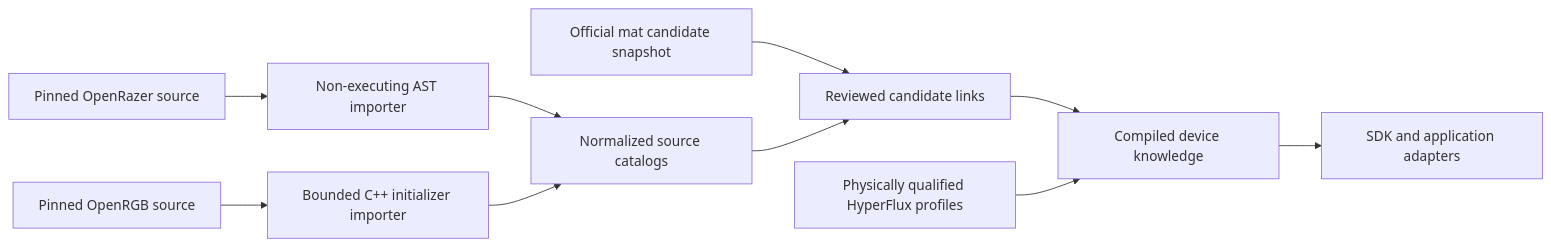
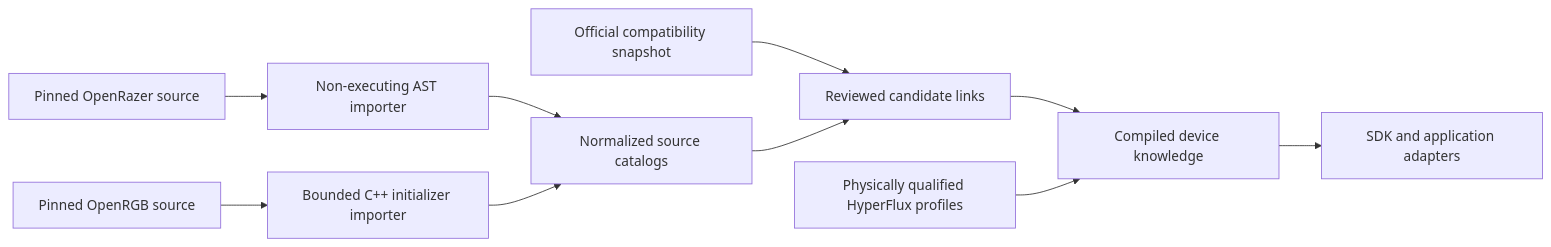
Before and after one commit to offalexjackson777-stack/hyperflux-next: the diagram in docs/architecture/device-knowledge.md, drawn with Mermaid. The commit also changed other lines of this file and 396 other files, not shown here.

````diff
--- a/docs/architecture/device-knowledge.md
+++ b/docs/architecture/device-knowledge.md
@@ -13,12 +19,12 @@
 ```mermaid
 flowchart LR
     OR["Pinned OpenRazer source"] --> I["Non-executing AST importer"]
     RGB["Pinned OpenRGB source"] --> J["Bounded C++ initializer importer"]
     I --> S["Normalized source catalogs"]
     J --> S
-    C["Official mat candidate snapshot"] --> L["Reviewed candidate links"]
+    C["Official compatibility snapshot"] --> L["Reviewed candidate links"]
     S --> L
     L --> K["Compiled device knowledge"]
     P["Physically qualified HyperFlux profiles"] --> K
     K --> A["SDK and application adapters"]
 ```
````
